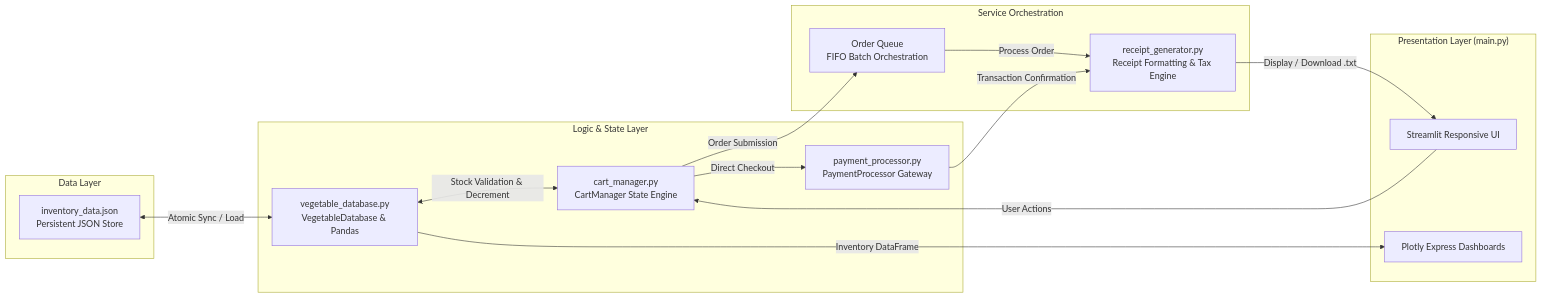
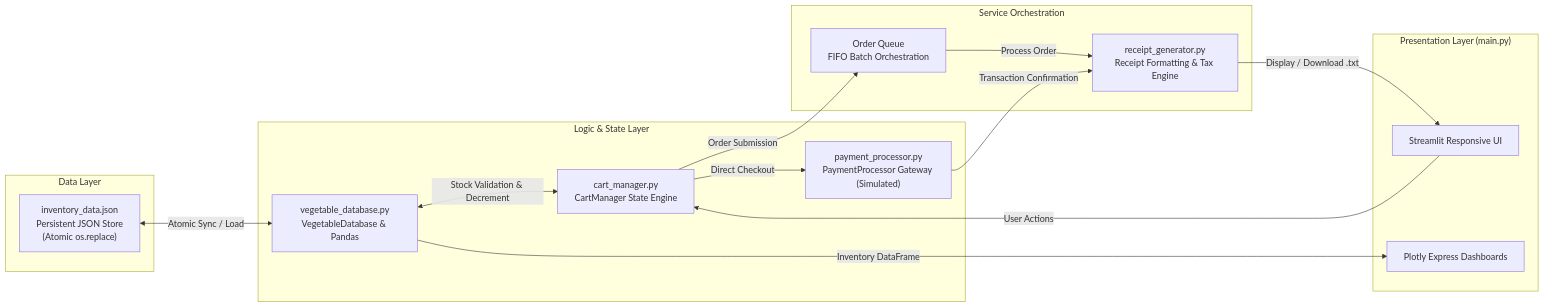
Before and after one commit to Knight6azer/Vegetable_Vendor_App: the diagram in README.md, drawn with Mermaid. The commit also changed other lines of this file, not shown here.

````diff
--- a/README.md
+++ b/README.md
@@ -53,32 +53,32 @@
 ```mermaid
 flowchart LR
     subgraph Data_Layer ["Data Layer"]
-        A[inventory_data.json<br/>Persistent JSON Store]
+        A["inventory_data.json<br/>Persistent JSON Store<br/>(Atomic os.replace)"]
     end
 
     subgraph Logic_Layer ["Logic & State Layer"]
-        B[vegetable_database.py<br/>VegetableDatabase & Pandas]
-        C[cart_manager.py<br/>CartManager State Engine]
-        D[payment_processor.py<br/>PaymentProcessor Gateway]
+        B["vegetable_database.py<br/>VegetableDatabase & Pandas"]
+        C["cart_manager.py<br/>CartManager State Engine"]
+        D["payment_processor.py<br/>PaymentProcessor Gateway (Simulated)"]
     end
 
     subgraph Service_Layer ["Service Orchestration"]
-        E[receipt_generator.py<br/>Receipt Formatting & Tax Engine]
-        F[Order Queue<br/>FIFO Batch Orchestration]
+        E["receipt_generator.py<br/>Receipt Formatting & Tax Engine"]
+        F["Order Queue<br/>FIFO Batch Orchestration"]
     end
 
     subgraph Presentation_Layer ["Presentation Layer (main.py)"]
-        G[Streamlit Responsive UI]
-        H[Plotly Express Dashboards]
+        G["Streamlit Responsive UI"]
+        H["Plotly Express Dashboards"]
     end
 
-    A <-->|Atomic Sync / Load| B
-    B <-->|Stock Validation & Decrement| C
-    C -->|Order Submission| F
-    C -->|Direct Checkout| D
-    F -->|Process Order| E
-    D -->|Transaction Confirmation| E
-    E -->|Display / Download .txt| G
-    B -->|Inventory DataFrame| H
-    G -->|User Actions| C
+    A <-->|"Atomic Sync / Load"| B
+    B <-->|"Stock Validation & Decrement"| C
+    C -->|"Order Submission"| F
+    C -->|"Direct Checkout"| D
+    F -->|"Process Order"| E
+    D -->|"Transaction Confirmation"| E
+    E -->|"Display / Download .txt"| G
+    B -->|"Inventory DataFrame"| H
+    G -->|"User Actions"| C
 ```
````
